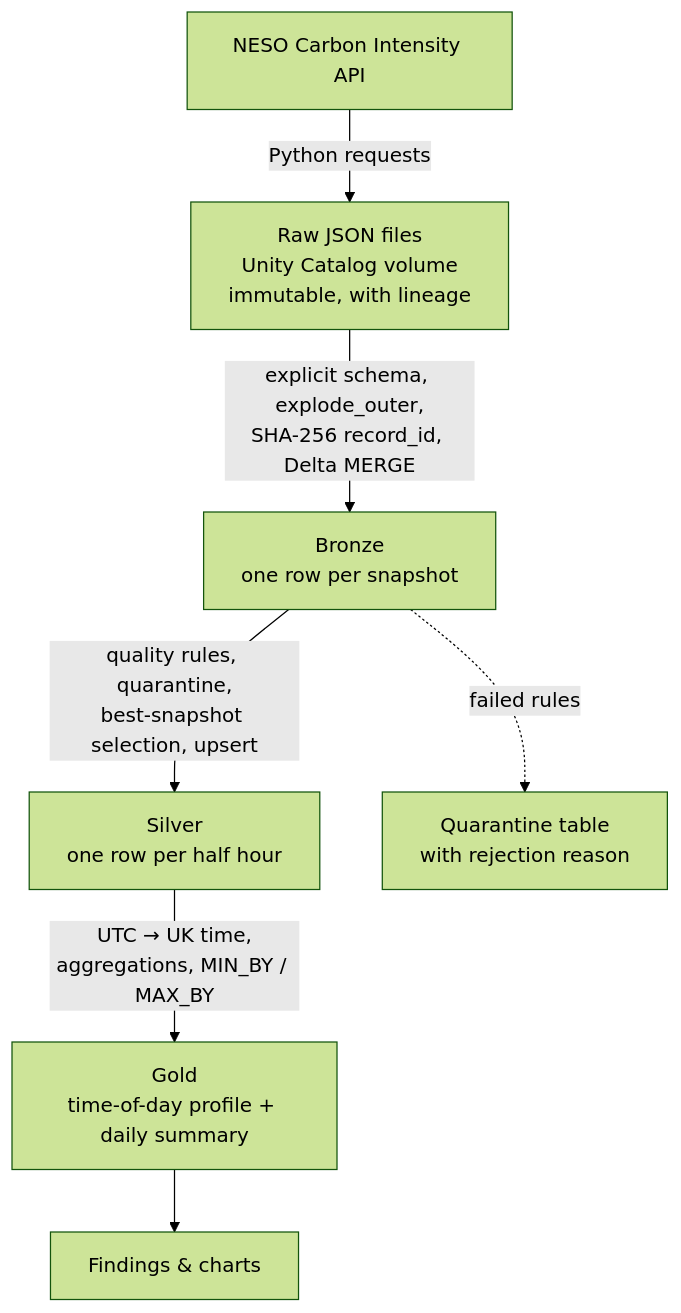
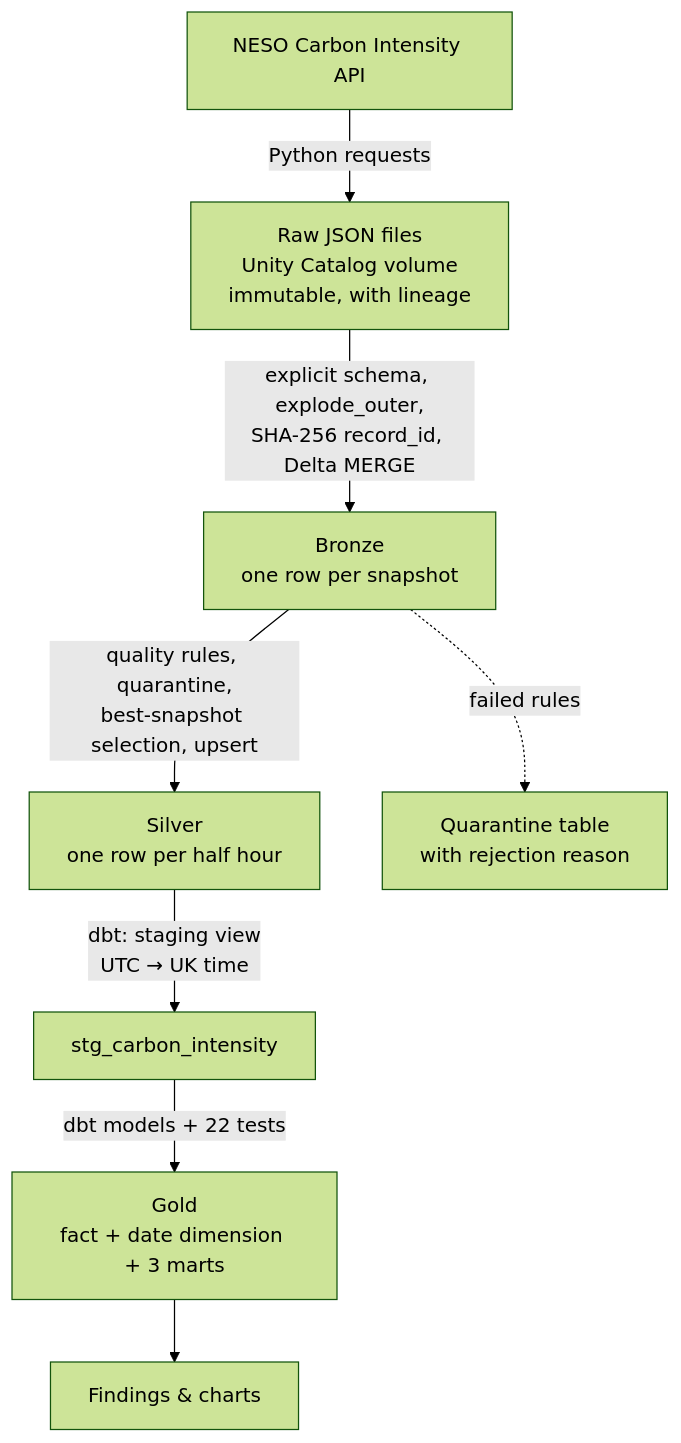
Before and after one commit to arihantgarg0209-rgb/gridpulse-uk-energy-lakehouse: the first of 2 diagrams in README.md, drawn with Mermaid (forest theme). The commit also changed other lines of this file and 15 other files, not shown here.

Commit message:
Add dbt Gold layer: staging model, star schema, 22 tests, dbt job task

````diff
--- a/README.md
+++ b/README.md
@@ -39,9 +39,10 @@
 ```mermaid
 flowchart TD
     A[NESO Carbon Intensity API] -->|Python requests| B[Raw JSON files<br/>Unity Catalog volume<br/>immutable, with lineage]
     B -->|explicit schema, explode_outer,<br/>SHA-256 record_id, Delta MERGE| C[Bronze<br/>one row per snapshot]
     C -->|quality rules, quarantine,<br/>best-snapshot selection, upsert| D[Silver<br/>one row per half hour]
-    D -->|UTC → UK time,<br/>aggregations, MIN_BY / MAX_BY| E[Gold<br/>time-of-day profile + daily summary]
+    D -->|dbt: staging view<br/>UTC → UK time| S[stg_carbon_intensity]
+    S -->|dbt models + 22 tests| E[Gold<br/>fact + date dimension + 3 marts]
     E --> F[Findings & charts]
     C -.->|failed rules| Q[Quarantine table<br/>with rejection reason]
 ```
````
